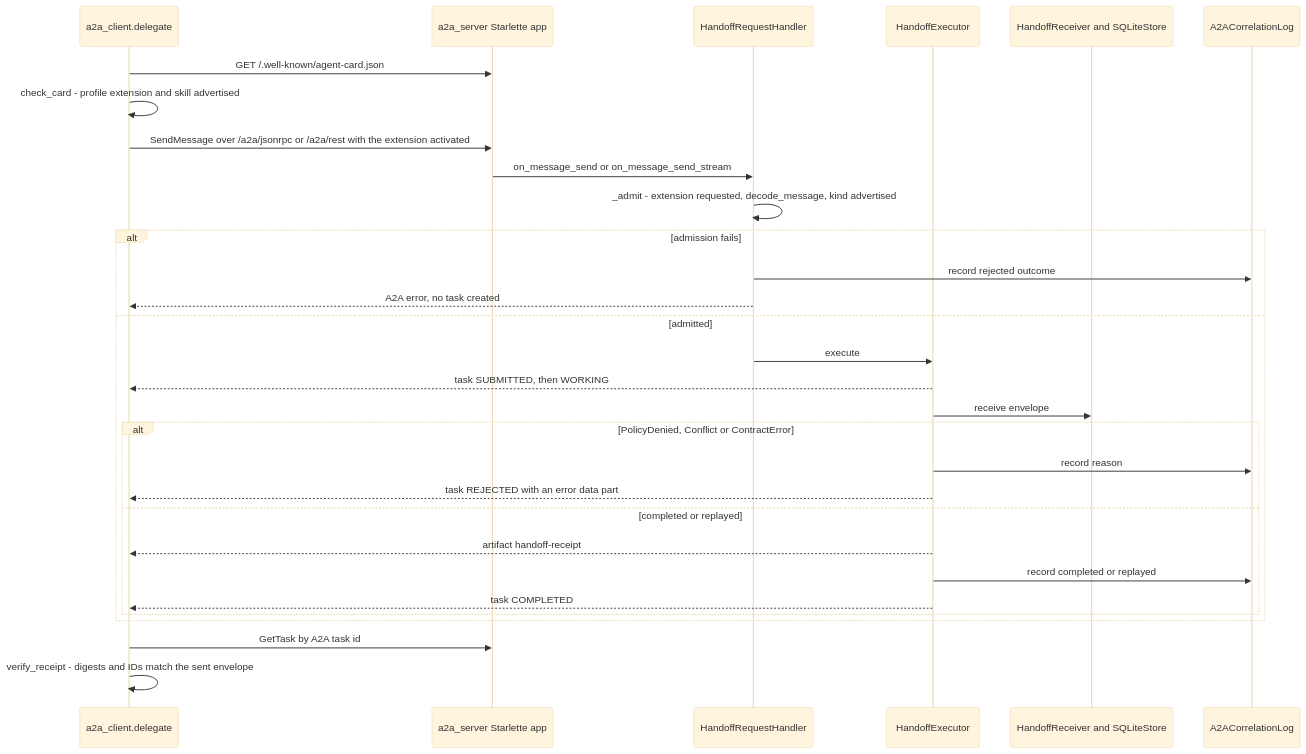
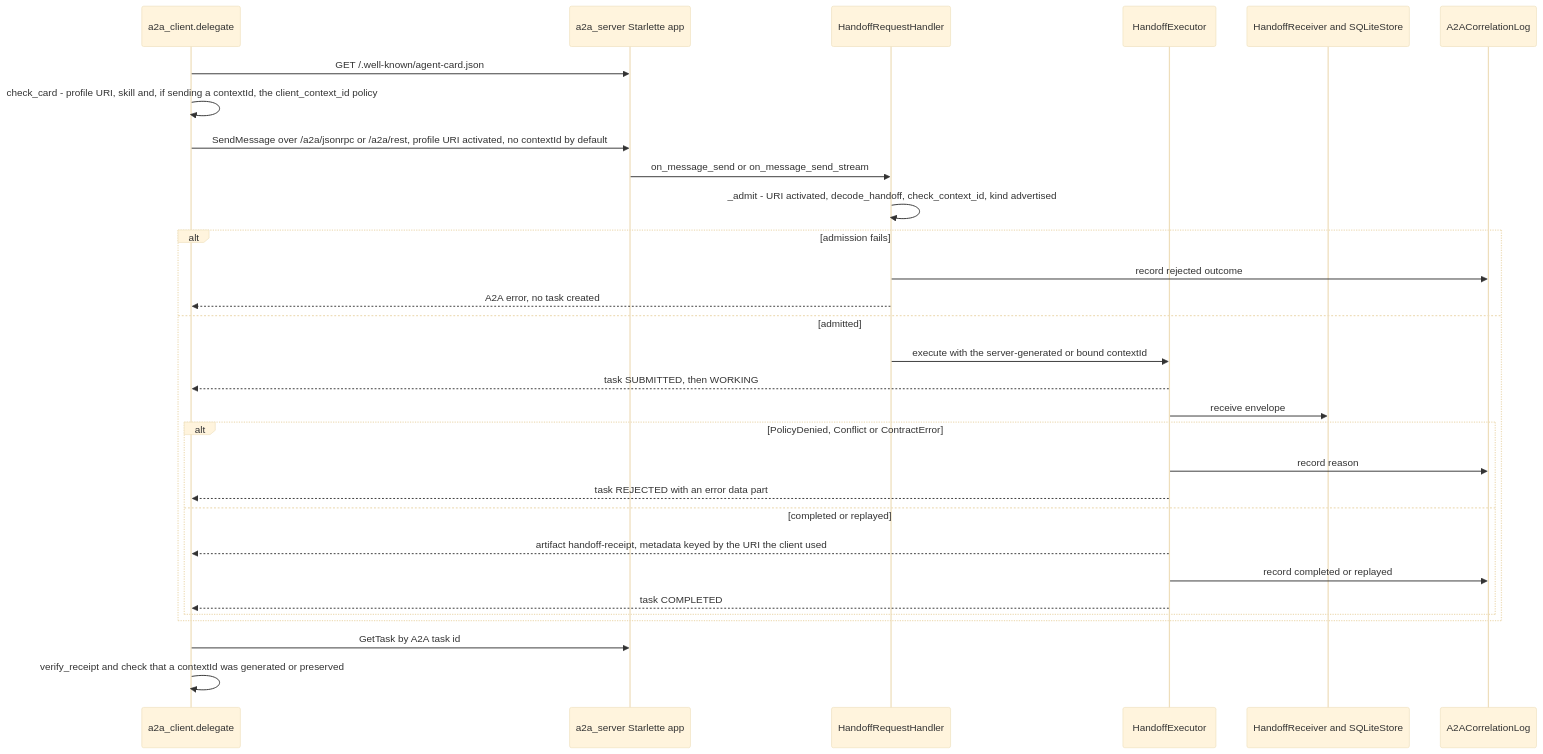
The third of 8 diagrams in docs/architecture.md (MSKazemi/agent-movement), drawn with Mermaid (base theme) before and after one commit. The commit also changed other lines of this file and 1 other file, not shown here.

First line of the commit message:
docs: refresh architecture and package guide against 4809bdf

````diff
--- a/docs/architecture.md
+++ b/docs/architecture.md
@@ -143,32 +165,32 @@
 ```mermaid
 sequenceDiagram
     participant C as a2a_client.delegate
     participant A as a2a_server Starlette app
     participant Q as HandoffRequestHandler
     participant E as HandoffExecutor
     participant R as HandoffReceiver and SQLiteStore
     participant L as A2ACorrelationLog
     C->>A: GET /.well-known/agent-card.json
-    C->>C: check_card - profile extension and skill advertised
-    C->>A: SendMessage over /a2a/jsonrpc or /a2a/rest with the extension activated
+    C->>C: check_card - profile URI, skill and, if sending a contextId, the client_context_id policy
+    C->>A: SendMessage over /a2a/jsonrpc or /a2a/rest, profile URI activated, no contextId by default
     A->>Q: on_message_send or on_message_send_stream
-    Q->>Q: _admit - extension requested, decode_message, kind advertised
+    Q->>Q: _admit - URI activated, decode_handoff, check_context_id, kind advertised
     alt admission fails
         Q->>L: record rejected outcome
         Q-->>C: A2A error, no task created
     else admitted
-        Q->>E: execute
+        Q->>E: execute with the server-generated or bound contextId
         E-->>C: task SUBMITTED, then WORKING
         E->>R: receive envelope
         alt PolicyDenied, Conflict or ContractError
             E->>L: record reason
             E-->>C: task REJECTED with an error data part
         else completed or replayed
-            E-->>C: artifact handoff-receipt
+            E-->>C: artifact handoff-receipt, metadata keyed by the URI the client used
             E->>L: record completed or replayed
             E-->>C: task COMPLETED
         end
     end
     C->>A: GetTask by A2A task id
-    C->>C: verify_receipt - digests and IDs match the sent envelope
+    C->>C: verify_receipt and check that a contextId was generated or preserved
 ```
````
